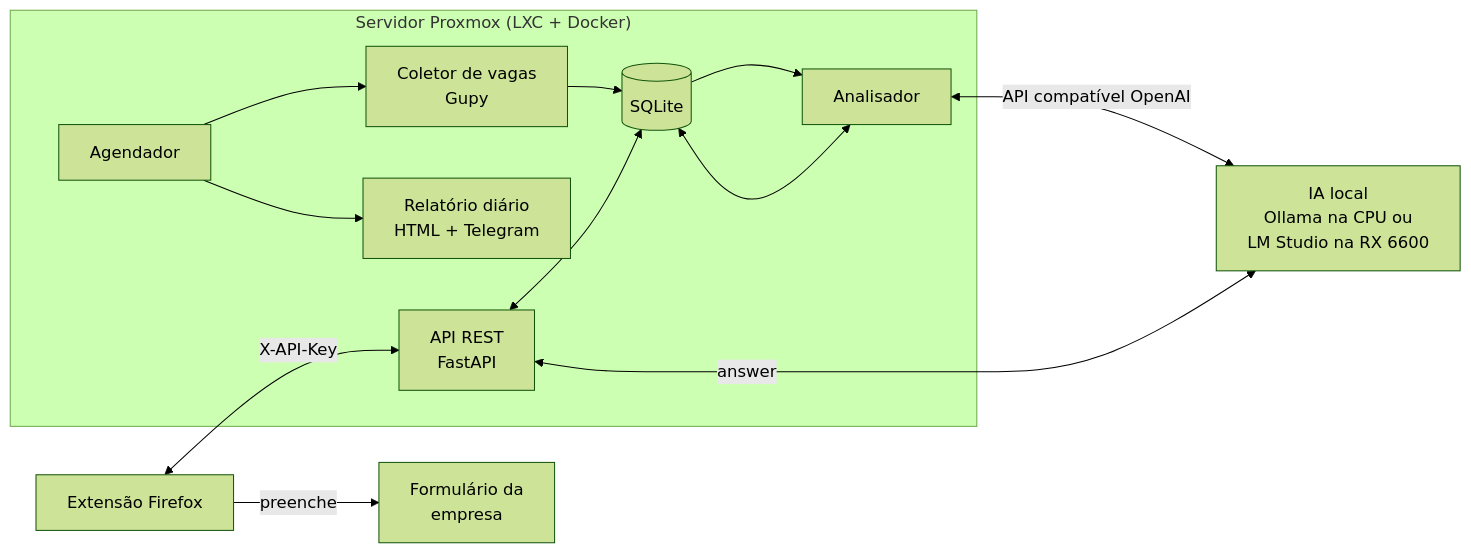
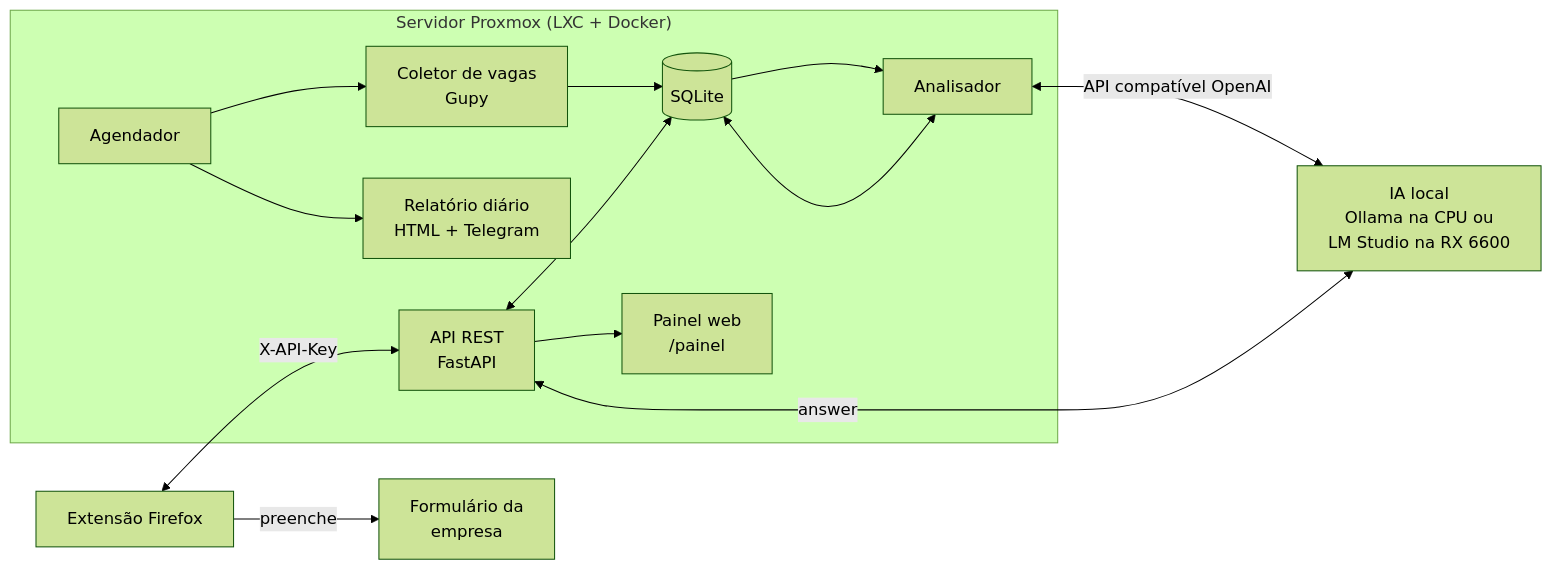
Before and after one commit to ryanbworks/SearchJob: the diagram in README.md, drawn with Mermaid (forest theme). The commit also changed other lines of this file and 3 other files, not shown here.

````diff
--- a/README.md
+++ b/README.md
@@ -26,15 +26,16 @@
 ```mermaid
 flowchart LR
     subgraph Proxmox["Servidor Proxmox (LXC + Docker)"]
         C[Coletor de vagas<br/>Gupy] --> DB[(SQLite)]
         S[Agendador] --> C
         S --> R[Relatório diário<br/>HTML + Telegram]
         DB --> A[Analisador]
         A <--> DB
         API[API REST<br/>FastAPI] <--> DB
+        API --> P[Painel web<br/>/painel]
     end
     A <-->|API compatível OpenAI| LLM[IA local<br/>Ollama na CPU ou<br/>LM Studio na RX 6600]
     API <-->|answer| LLM
     EXT[Extensão Firefox] <-->|X-API-Key| API
     EXT -->|preenche| F[Formulário da<br/>empresa]
 ```
````
